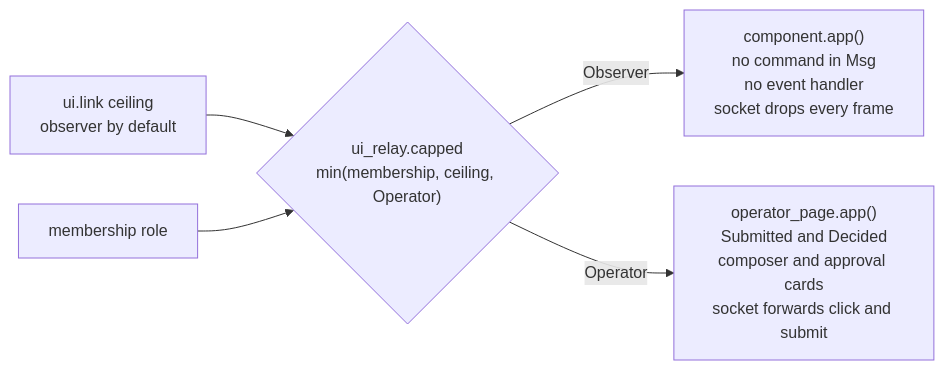
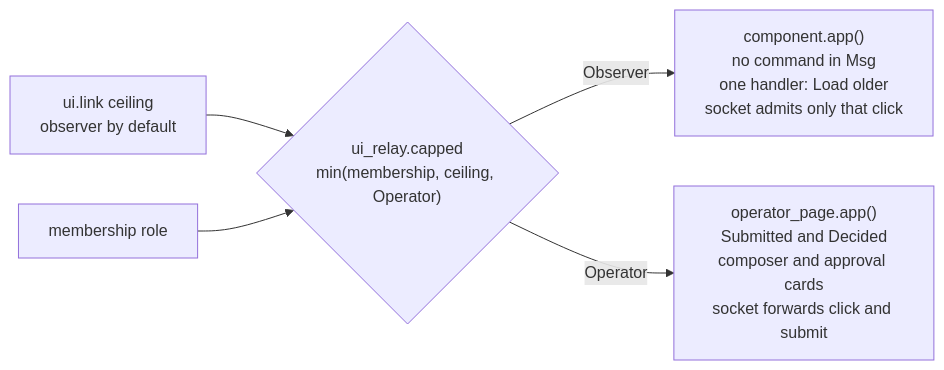
One commit to Roasbeef/loom changed the fourth of 4 diagrams in docs/architecture/web-view.md. Above: the diagram before and after it, drawn with Mermaid. The commit also changed other lines of this file and 15 other files, not shown here.

First line of the commit message:
multi: let an observer page older history

````diff
--- a/docs/architecture/web-view.md
+++ b/docs/architecture/web-view.md
@@ -259,8 +259,8 @@
 ```mermaid
 flowchart LR
     link["ui.link ceiling<br/>observer by default"] --> cap
     member["membership role"] --> cap
     cap{"ui_relay.capped<br/>min(membership, ceiling, Operator)"}
-    cap -- "Observer" --> obs["component.app()<br/>no command in Msg<br/>no event handler<br/>socket drops every frame"]
+    cap -- "Observer" --> obs["component.app()<br/>no command in Msg<br/>one handler: Load older<br/>socket admits only that click"]
     cap -- "Operator" --> op["operator_page.app()<br/>Submitted and Decided<br/>composer and approval cards<br/>socket forwards click and submit"]
 ```
````
